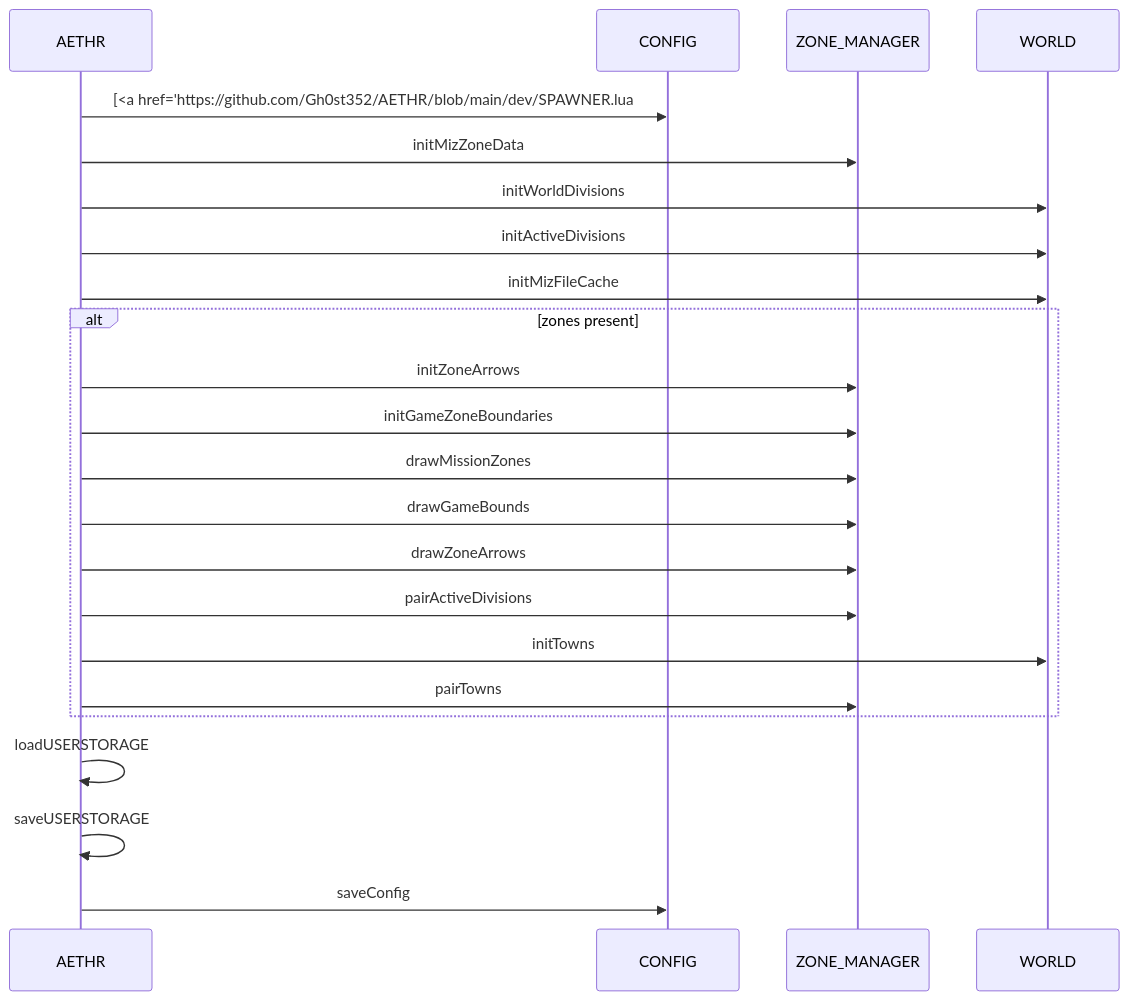
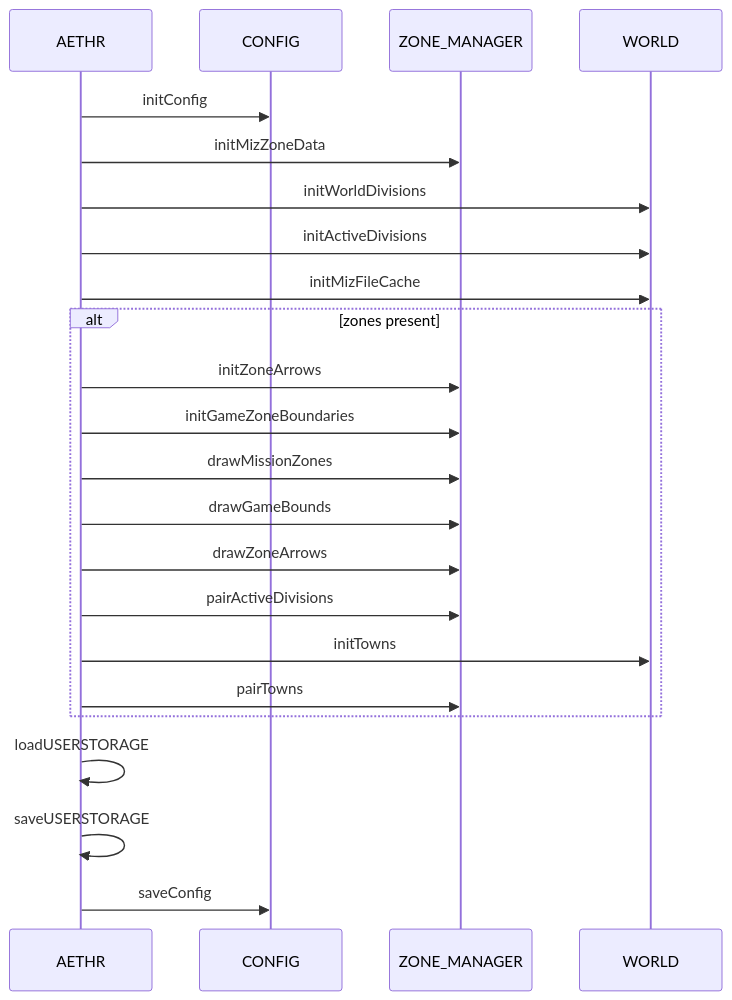
One commit to Gh0st352/AETHR changed the third of 4 diagrams in docs/aethr/README.md. Above: the diagram before and after it, drawn with Mermaid. The commit also changed other lines of this file, not shown here.

Commit message:
docs(_mermaid): remove inline anchors and commented click refs from sequence diagrams — replace HTML-linked sequence message with plain labels and remove commented click directives for Init/Start/BRAIN/WORLD/ZONE_MANAGER

````diff
--- a/docs/aethr/README.md
+++ b/docs/aethr/README.md
@@ -127,35 +127,29 @@
 ```mermaid
 %% shared theme: docs/_mermaid/theme.json %%
 sequenceDiagram
   participant A as AETHR
   participant C as CONFIG
   participant Z as ZONE_MANAGER
   participant W as WORLD
 
-  A->>C: [<a href='https://github.com/Gh0st352/AETHR/blob/main/dev/SPAWNER.lua#L563'>generateDynamicSpawner</a>] 
-  %% initConfig
+  A->>C: initConfig
   A->>Z: initMizZoneData
   A->>W: initWorldDivisions
   A->>W: initActiveDivisions
   A->>W: initMizFileCache
 
   alt zones present
     A->>Z: initZoneArrows
     A->>Z: initGameZoneBoundaries
     A->>Z: drawMissionZones
     A->>Z: drawGameBounds
     A->>Z: drawZoneArrows
     A->>Z: pairActiveDivisions
     A->>W: initTowns
     A->>Z: pairTowns
   end
 
   A->>A: loadUSERSTORAGE
   A->>A: saveUSERSTORAGE
   A->>C: saveConfig
-
- %% click A "https://github.com/Gh0st352/AETHR/blob/main/dev/AETHR.lua#L199" "AETHR:Init (call site)"
- %% click C "https://github.com/Gh0st352/AETHR/blob/main/dev/CONFIG_.lua#L364" "CONFIG:initConfig"
- %% click Z "https://github.com/Gh0st352/AETHR/blob/main/dev/ZONE_MANAGER.lua#L931" "ZONE_MANAGER"
- %% click W "https://github.com/Gh0st352/AETHR/blob/main/dev/WORLD.lua#L1156" "WORLD"
 ```
````
